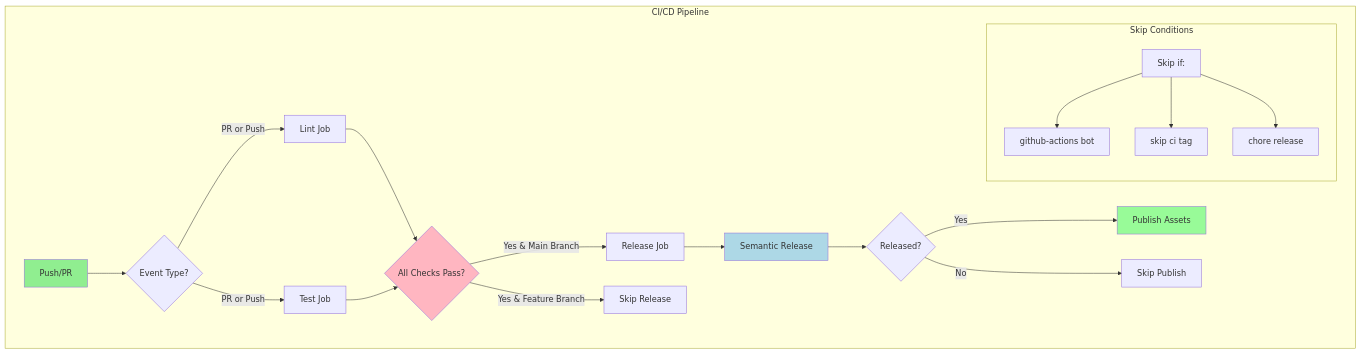
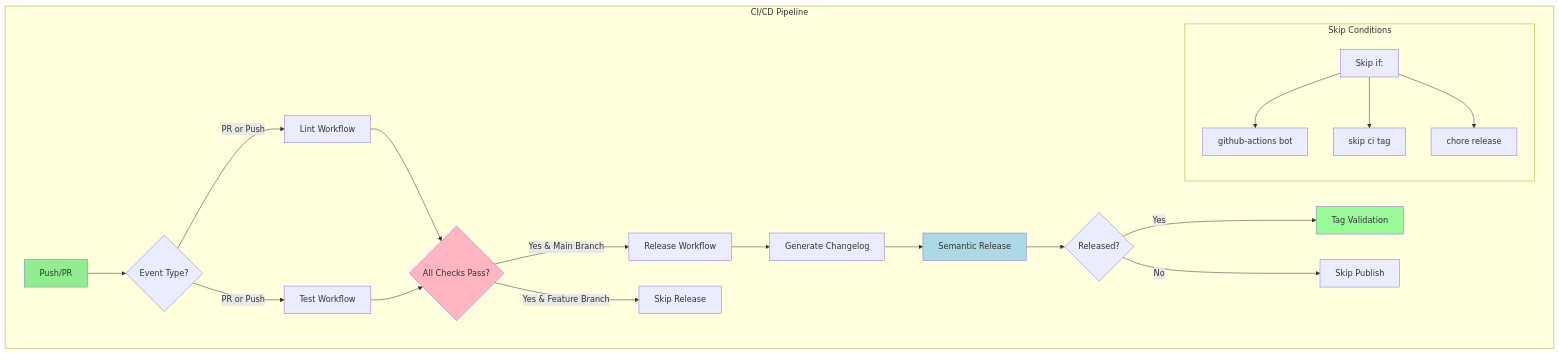
One commit to gsinghjay/fast-api-ci-cd changed the diagram in README.md. Above: the diagram before and after it, drawn with Mermaid. The commit also changed other lines of this file, not shown here.

First line of the commit message:
docs: update workflow documentation

````diff
--- a/README.md
+++ b/README.md
@@ -251,37 +251,38 @@
 ```mermaid
 flowchart TD
     subgraph "CI/CD Pipeline"
         A[Push/PR] --> B{Event Type?}
 
-        B -->|PR or Push| C[Lint Job]
-        B -->|PR or Push| D[Test Job]
+        B -->|PR or Push| C[Lint Workflow]
+        B -->|PR or Push| D[Test Workflow]
 
         C --> E{All Checks Pass?}
         D --> E
 
-        E -->|Yes & Main Branch| F[Release Job]
+        E -->|Yes & Main Branch| F[Release Workflow]
         E -->|Yes & Feature Branch| G[Skip Release]
 
-        F --> H[Semantic Release]
-        H --> I{Released?}
+        F --> H[Generate Changelog]
+        H --> I[Semantic Release]
+        I --> J{Released?}
 
-        I -->|Yes| J[Publish Assets]
-        I -->|No| K[Skip Publish]
+        J -->|Yes| K[Tag Validation]
+        J -->|No| L[Skip Publish]
 
         subgraph "Skip Conditions"
             P[Skip if:] --> P1[github-actions bot]
             P --> P2[skip ci tag]
             P --> P3[chore release]
         end
     end
 
     classDef trigger fill:#90EE90
     classDef check fill:#FFB6C1
     classDef release fill:#ADD8E6
     classDef publish fill:#98FB98
 
     class A trigger
     class E check
-    class H release
-    class J publish
+    class I release
+    class K publish
 ```
````
